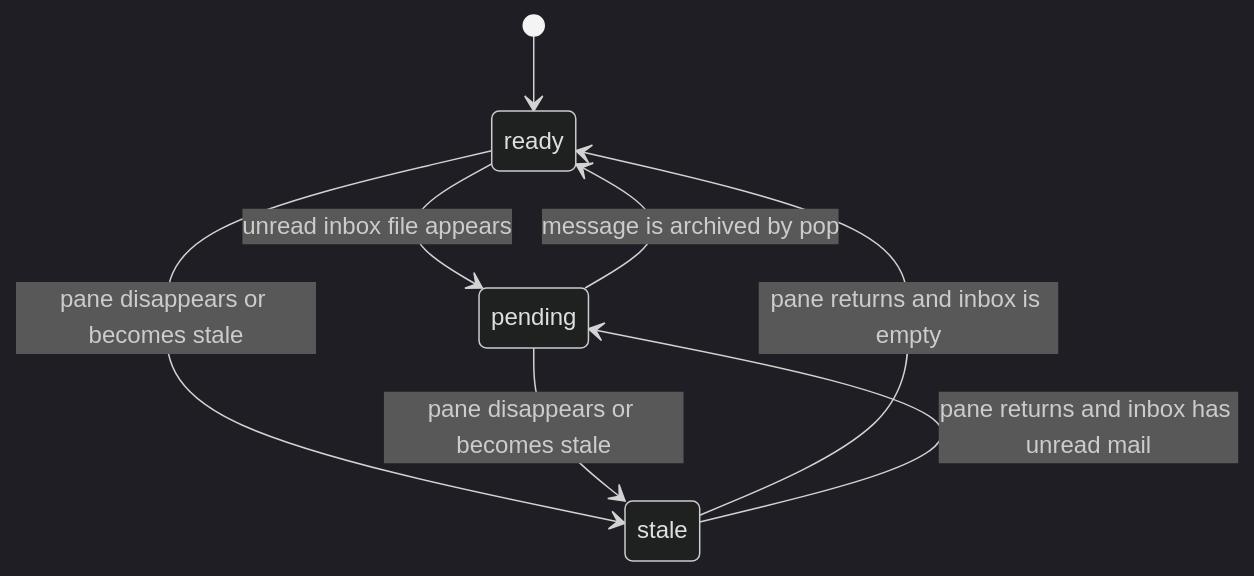
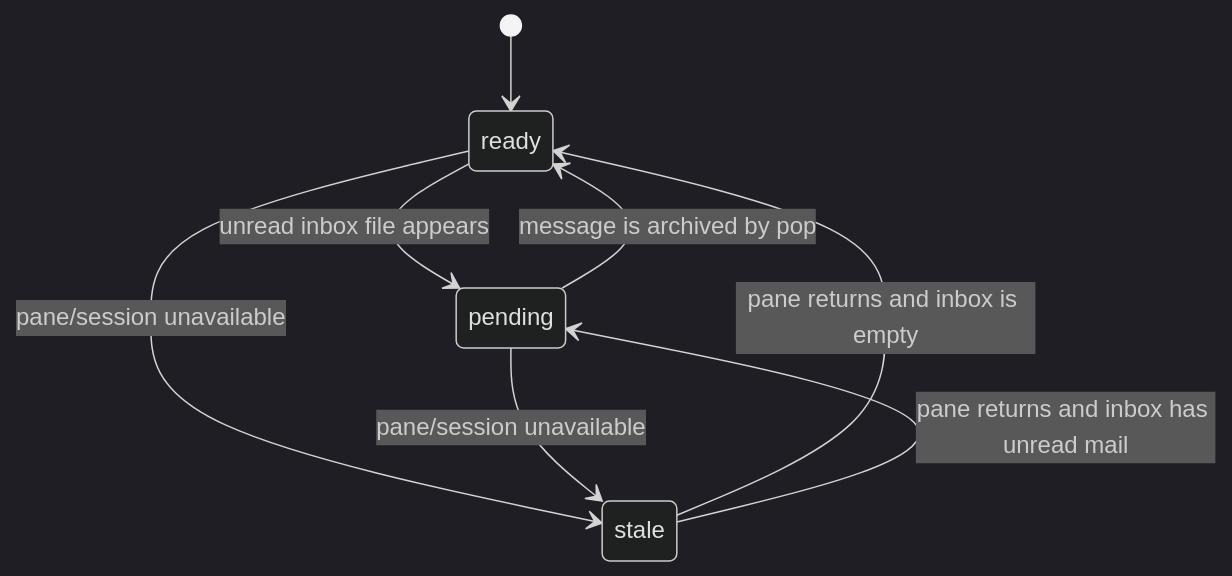
Before and after one commit to i9wa4/tmux-a2a-postman: the diagram in docs/design/node-state-machine.md, drawn with Mermaid (dark theme). The commit also changed other lines of this file and 6 other files, not shown here.

````diff
--- a/docs/design/node-state-machine.md
+++ b/docs/design/node-state-machine.md
@@ -19,10 +20,10 @@
 ```mermaid
 stateDiagram-v2
     [*] --> ready
     ready --> pending: unread inbox file appears
     pending --> ready: message is archived by pop
-    ready --> stale: pane disappears or becomes stale
-    pending --> stale: pane disappears or becomes stale
+    ready --> stale: pane/session unavailable
+    pending --> stale: pane/session unavailable
     stale --> ready: pane returns and inbox is empty
     stale --> pending: pane returns and inbox has unread mail
 ```
````
